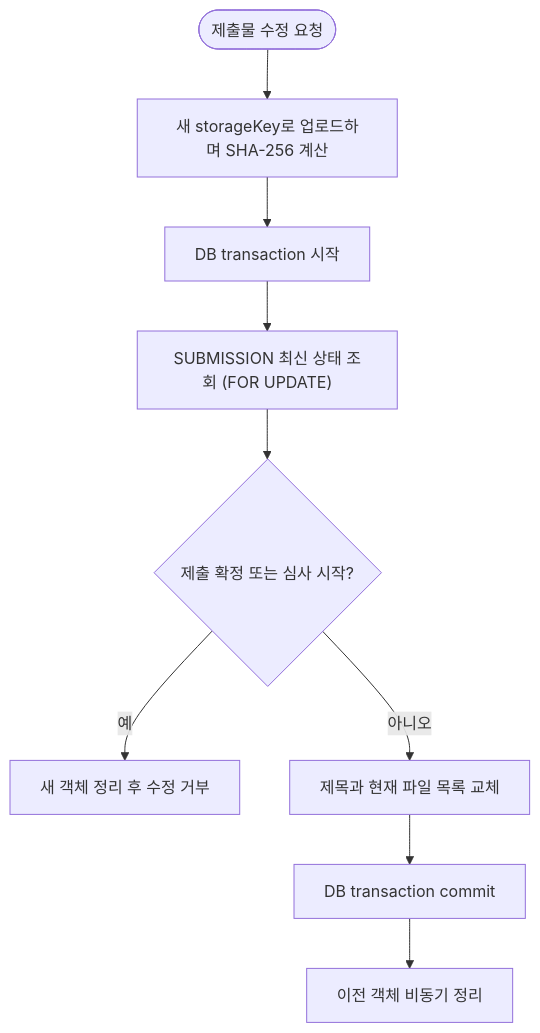
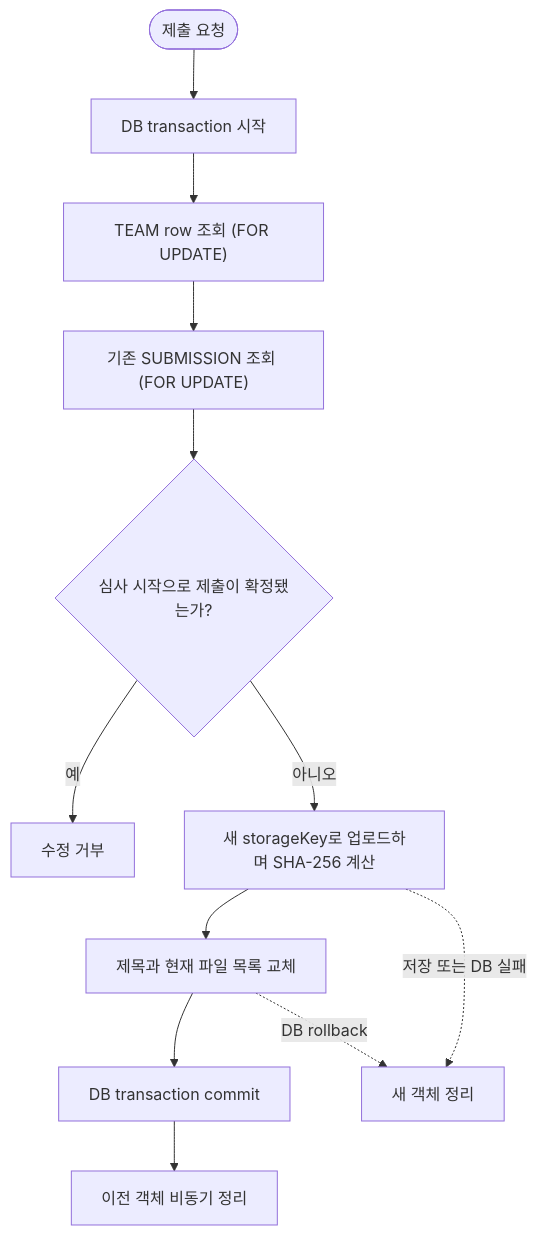
One commit to Tok-Baro/Trekkey_BackEnd changed the eighth of 22 diagrams in docs/architecture-diagrams.md. Above: the diagram before and after it, drawn with Mermaid. The commit also changed other lines of this file and 8 other files, not shown here.

Commit message:
docs: align ERD and prepare integration meeting

````diff
--- a/docs/architecture-diagrams.md
+++ b/docs/architecture-diagrams.md
@@ -263,11 +263,14 @@
 ```mermaid
 flowchart TD
-    request(["제출물 수정 요청"]) --> upload["새 storageKey로 업로드하며 SHA-256 계산"]
-    upload --> transaction["DB transaction 시작"]
-    transaction --> latest["SUBMISSION 최신 상태 조회 (FOR UPDATE)"]
-    latest --> immutable{"제출 확정 또는 심사 시작?"}
-    immutable -->|"예"| cleanupNew["새 객체 정리 후 수정 거부"]
-    immutable -->|"아니오"| replace["제목과 현재 파일 목록 교체"]
+    request(["제출 요청"]) --> transaction["DB transaction 시작"]
+    transaction --> teamLock["TEAM row 조회 (FOR UPDATE)"]
+    teamLock --> latest["기존 SUBMISSION 조회 (FOR UPDATE)"]
+    latest --> finalized{"심사 시작으로 제출이 확정됐는가?"}
+    finalized -->|"예"| reject["수정 거부"]
+    finalized -->|"아니오"| upload["새 storageKey로 업로드하며 SHA-256 계산"]
+    upload --> replace["제목과 현재 파일 목록 교체"]
     replace --> commit["DB transaction commit"]
     commit --> cleanupOld["이전 객체 비동기 정리"]
+    upload -. "저장 또는 DB 실패" .-> cleanupNew["새 객체 정리"]
+    replace -. "DB rollback" .-> cleanupNew
 ```
````
